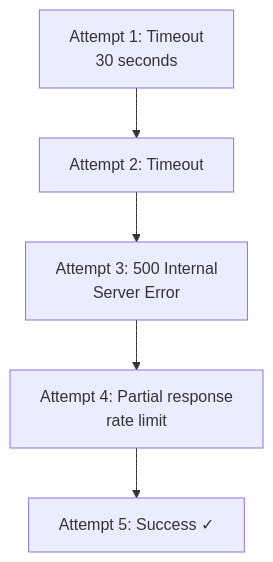
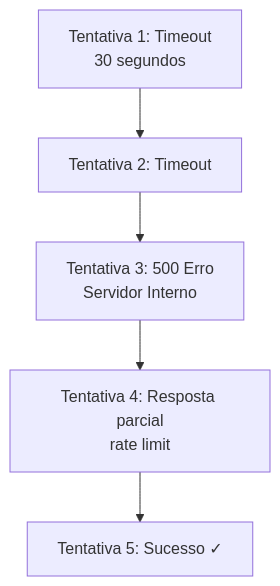
One commit to Quantilica/docs changed the second of 7 diagrams in docs/concepts/data-engineering.md. Above: the diagram before and after it, drawn with Mermaid. The commit also changed other lines of this file and 31 other files, not shown here.

````diff
--- a/docs/concepts/data-engineering.md
+++ b/docs/concepts/data-engineering.md
@@ -23,7 +23,7 @@
 ```mermaid
 graph TD
-    A["Attempt 1: Timeout<br/>30 seconds"] --> B["Attempt 2: Timeout"]
-    B --> C["Attempt 3: 500 Internal<br/>Server Error"]
-    C --> D["Attempt 4: Partial response<br/>rate limit"]
-    D --> E["Attempt 5: Success ✓"]
+    A["Tentativa 1: Timeout<br/>30 segundos"] --> B["Tentativa 2: Timeout"]
+    B --> C["Tentativa 3: 500 Erro<br/>Servidor Interno"]
+    C --> D["Tentativa 4: Resposta parcial<br/>rate limit"]
+    D --> E["Tentativa 5: Sucesso ✓"]
 ```
````
